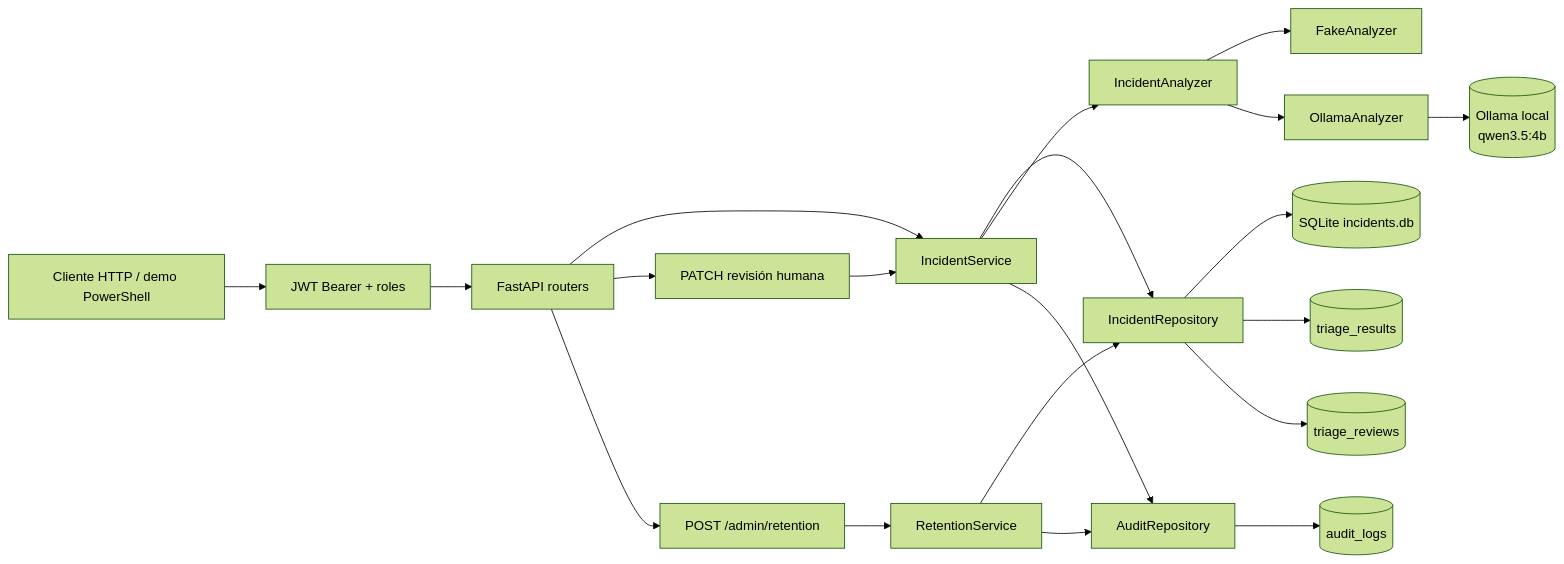
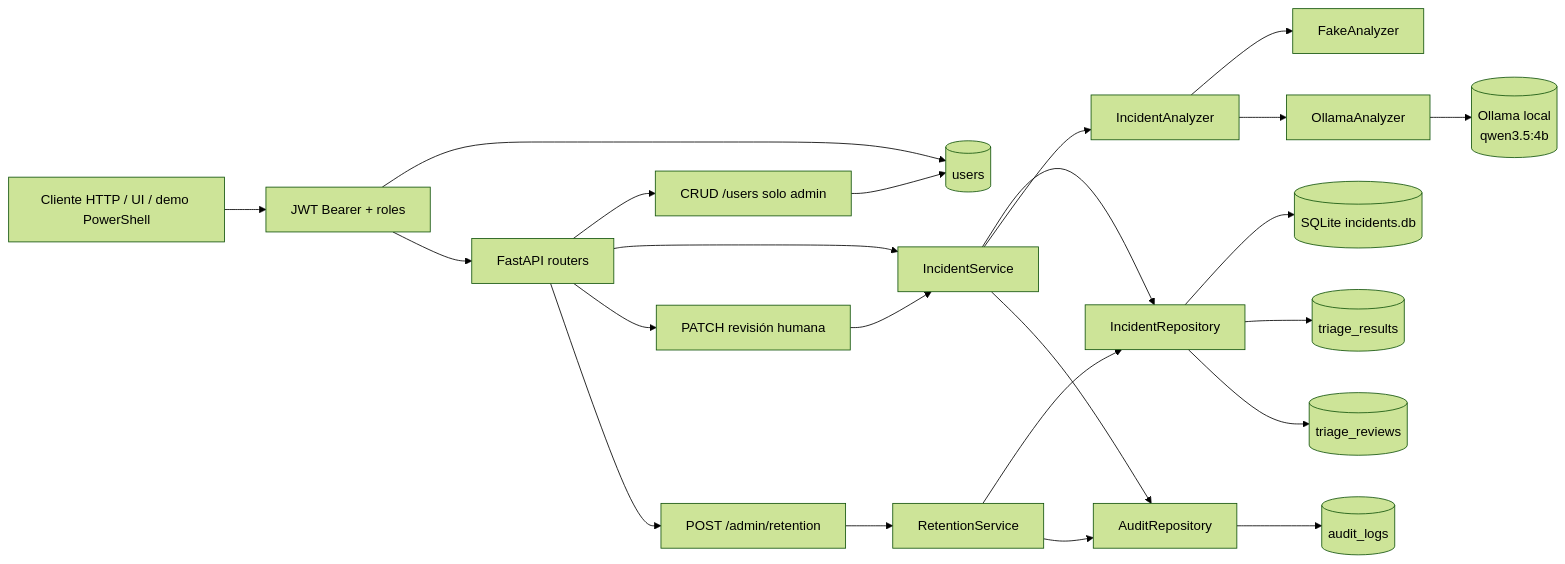
One commit to asobrados03/ai-incident-triage changed the diagram in README.md. Above: the diagram before and after it, drawn with Mermaid (forest theme). The commit also changed other lines of this file and 59 other files, not shown here.

````diff
--- a/README.md
+++ b/README.md
@@ -25,22 +26,25 @@
 ```mermaid
 flowchart LR
-    Client[Cliente HTTP / demo PowerShell] --> Auth[JWT Bearer + roles]
+    Client[Cliente HTTP / UI / demo PowerShell] --> Auth[JWT Bearer + roles]
+    Auth --> Users[(users)]
     Auth --> API[FastAPI routers]
+    API --> UsersAPI[CRUD /users solo admin]
+    UsersAPI --> Users
     API --> Service[IncidentService]
     Service --> Repo[IncidentRepository]
     Repo --> SQLite[(SQLite incidents.db)]
     Service --> Analyzer[IncidentAnalyzer]
     Analyzer --> Fake[FakeAnalyzer]
     Analyzer --> Ollama[OllamaAnalyzer]
     Ollama --> Runtime[(Ollama local\nqwen3.5:4b)]
     API --> Review[PATCH revisión humana]
     Review --> Service
     Repo --> Triage[(triage_results)]
     Repo --> Reviews[(triage_reviews)]
     Service --> Audit[AuditRepository]
     Audit --> AuditLogs[(audit_logs)]
     API --> Retention[POST /admin/retention]
     Retention --> RetentionService[RetentionService]
     RetentionService --> Repo
     RetentionService --> Audit
 ```
````
